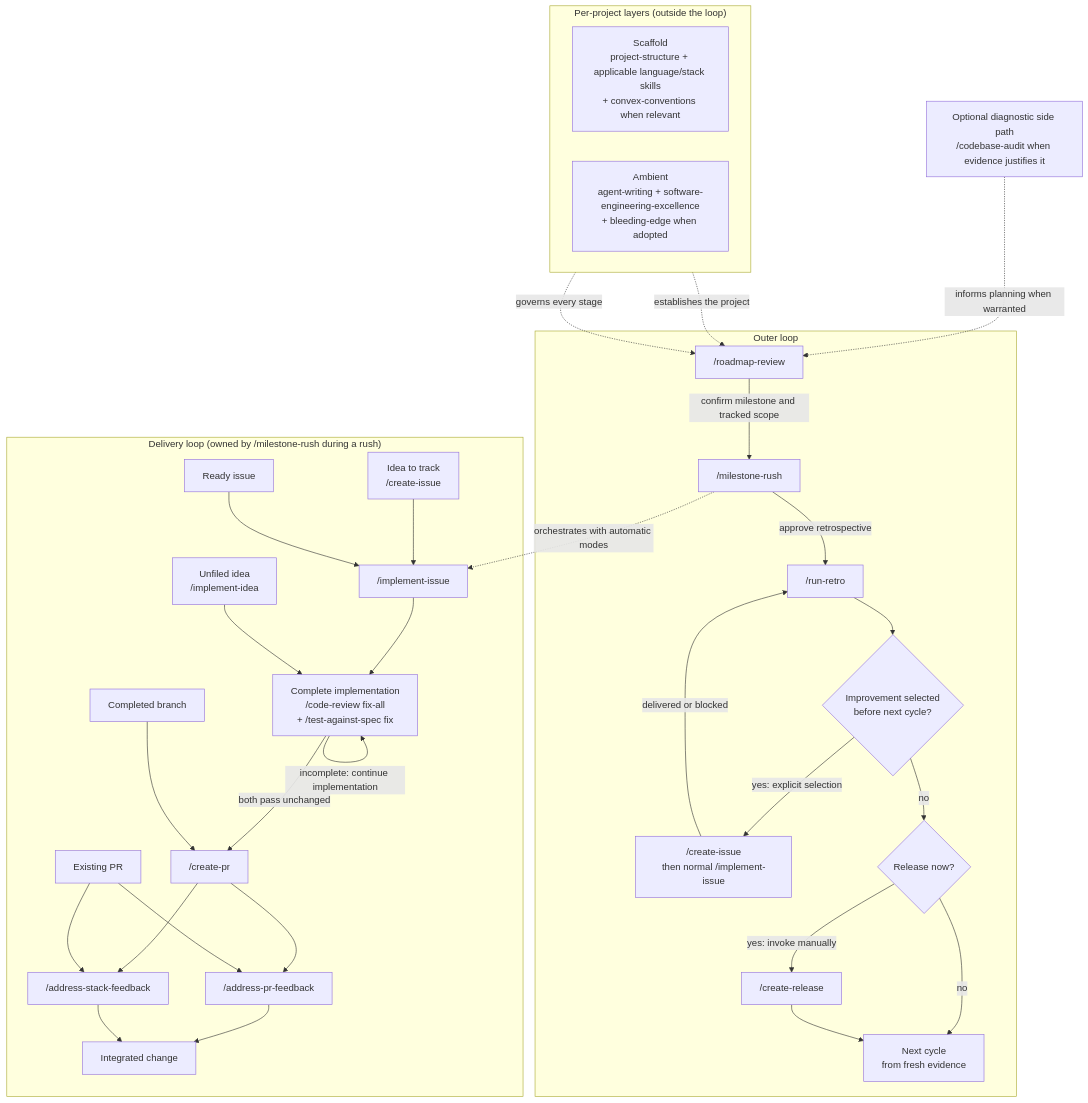
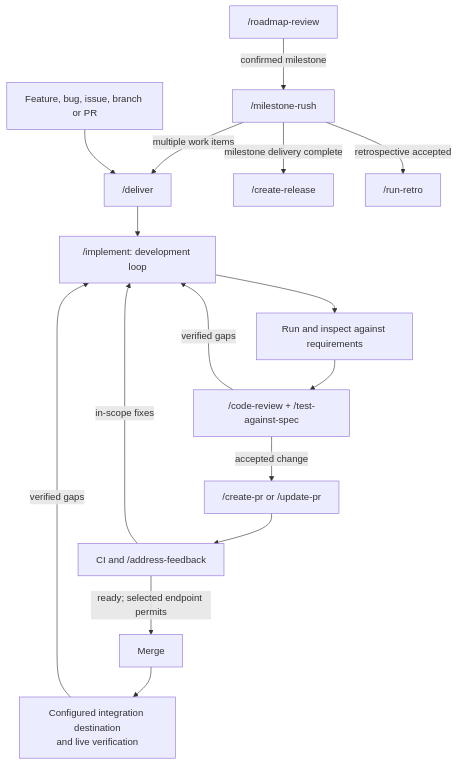
One commit to frostney/known-good-route changed the diagram in README.md. Above: the diagram before and after it, drawn with Mermaid. The commit also changed other lines of this file and 190 other files, not shown here.

First line of the commit message:
feat(skills)!: add delivery orchestration and consolidate workflows (#62)

````diff
--- a/README.md
+++ b/README.md
@@ -27,64 +39,18 @@
 ```mermaid
-flowchart TB
-    subgraph Layers["Per-project layers (outside the loop)"]
-        direction LR
-        Scaffold["Scaffold<br/>project-structure + applicable language/stack skills<br/>+ convex-conventions when relevant"]
-        Ambient["Ambient<br/>agent-writing + software-engineering-excellence<br/>+ bleeding-edge when adopted"]
-    end
-
-    subgraph Outer["Outer loop"]
-        Roadmap["/roadmap-review"]
-        Rush["/milestone-rush"]
-        Retro["/run-retro"]
-        ImmediateDecision{"Improvement selected<br/>before next cycle?"}
-        Immediate["/create-issue<br/>then normal /implement-issue"]
-        ReleaseDecision{"Release now?"}
-        Release["/create-release"]
-        Next["Next cycle<br/>from fresh evidence"]
-
-        Roadmap -->|"confirm milestone and tracked scope"| Rush
-        Rush -->|"approve retrospective"| Retro
-        Retro --> ImmediateDecision
-        ImmediateDecision -->|"yes: explicit selection"| Immediate
-        Immediate -->|"delivered or blocked"| Retro
-        ImmediateDecision -->|"no"| ReleaseDecision
-        ReleaseDecision -->|"yes: invoke manually"| Release
-        ReleaseDecision -->|"no"| Next
-        Release --> Next
-    end
-
-    subgraph Delivery["Delivery loop (owned by /milestone-rush during a rush)"]
-        Track["Idea to track<br/>/create-issue"]
-        Ready["Ready issue"]
-        Issue["/implement-issue"]
-        Idea["Unfiled idea<br/>/implement-idea"]
-        ReviewAndTest["Complete implementation<br/>/code-review fix-all<br/>+ /test-against-spec fix"]
-        Branch["Completed branch"]
-        CreatePR["/create-pr"]
-        ExistingPR["Existing PR"]
-        AddressPRFeedback["/address-pr-feedback"]
-        AddressStackFeedback["/address-stack-feedback"]
-        Integrated["Integrated change"]
-
-        Track --> Issue
-        Ready --> Issue
-        Issue --> ReviewAndTest
-        Idea --> ReviewAndTest
-        ReviewAndTest -->|"both pass unchanged"| CreatePR
-        ReviewAndTest -->|"incomplete: continue implementation"| ReviewAndTest
-        Branch --> CreatePR
-        CreatePR --> AddressPRFeedback
-        ExistingPR --> AddressPRFeedback
-        AddressPRFeedback --> Integrated
-        CreatePR --> AddressStackFeedback
-        ExistingPR --> AddressStackFeedback
-        AddressStackFeedback --> Integrated
-    end
-
-    Audit["Optional diagnostic side path<br/>/codebase-audit when evidence justifies it"]
-
-    Scaffold -. "establishes the project" .-> Roadmap
-    Ambient -. "governs every stage" .-> Roadmap
-    Rush -. "orchestrates with automatic modes" .-> Issue
-    Audit -. "informs planning when warranted" .-> Roadmap
+flowchart TD
+    Roadmap["/roadmap-review"] -->|"confirmed milestone"| Rush["/milestone-rush"]
+    Rush -->|"multiple work items"| Deliver["/deliver"]
+    Item["Feature, bug, issue, branch or PR"] --> Deliver
+    Deliver --> Development["/implement: development loop"]
+    Development --> Inspect["Run and inspect against requirements"]
+    Inspect --> Review["/code-review + /test-against-spec"]
+    Review -->|"verified gaps"| Development
+    Review -->|"accepted change"| PR["/create-pr or /update-pr"]
+    PR --> Feedback["CI and /address-feedback"]
+    Feedback -->|"in-scope fixes"| Development
+    Feedback -->|"ready; selected endpoint permits"| Merge["Merge"]
+    Merge --> Integration["Configured integration destination<br/>and live verification"]
+    Integration -->|"verified gaps"| Development
+    Rush -->|"milestone delivery complete"| Release["/create-release"]
+    Rush -->|"retrospective accepted"| Retro["/run-retro"]
 ```
````
